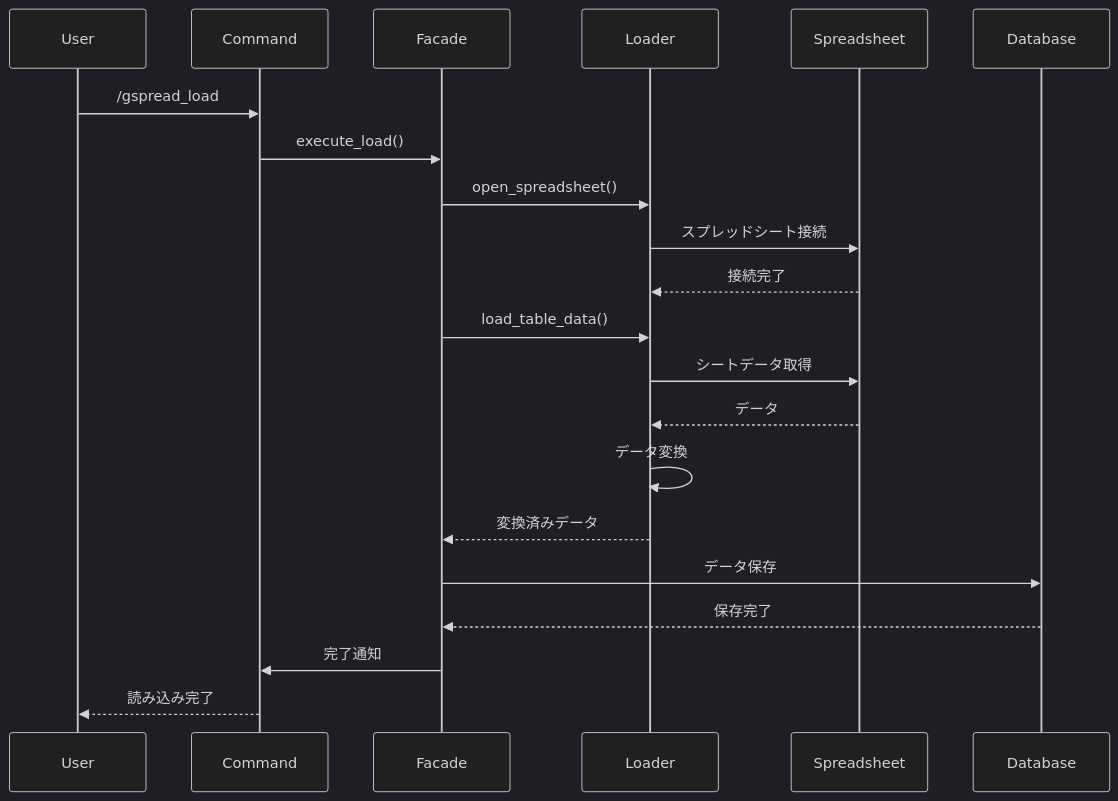
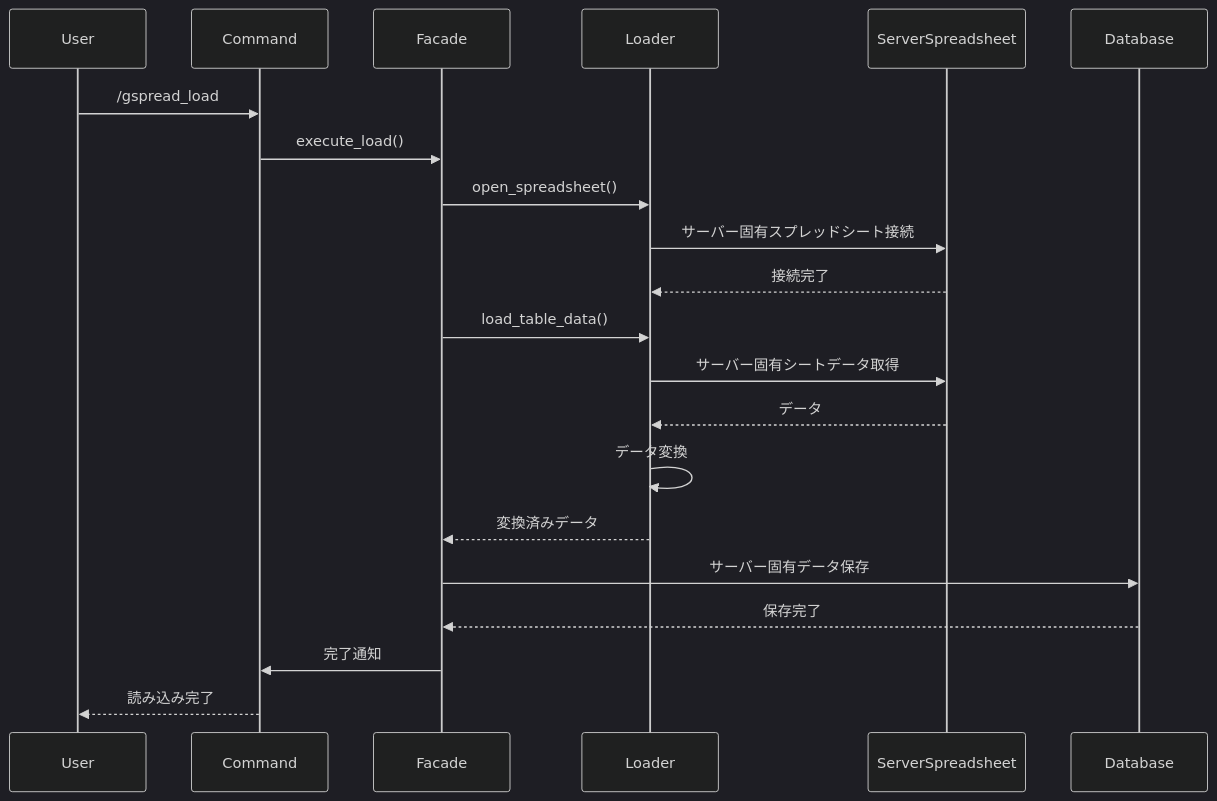
The first of 2 diagrams in docs/develop/design/google_spreadsheet_feature.md (varubogu/gbf_discord_bot_rs), drawn with Mermaid (dark theme) before and after one commit. The commit also changed other lines of this file and 2 other files, not shown here.

````diff
--- a/docs/develop/design/google_spreadsheet_feature.md
+++ b/docs/develop/design/google_spreadsheet_feature.md
@@ -113,24 +114,24 @@
 ```mermaid
 sequenceDiagram
     participant U as User
     participant C as Command
     participant F as Facade
     participant L as Loader
-    participant S as Spreadsheet
+    participant S as ServerSpreadsheet
     participant D as Database
 
     U->>C: /gspread_load
     C->>F: execute_load()
     F->>L: open_spreadsheet()
-    L->>S: スプレッドシート接続
+    L->>S: サーバー固有スプレッドシート接続
     S-->>L: 接続完了
     F->>L: load_table_data()
-    L->>S: シートデータ取得
+    L->>S: サーバー固有シートデータ取得
     S-->>L: データ
     L->>L: データ変換
     L-->>F: 変換済みデータ
-    F->>D: データ保存
+    F->>D: サーバー固有データ保存
     D-->>F: 保存完了
     F->>C: 完了通知
     C-->>U: 読み込み完了
 ```
````
